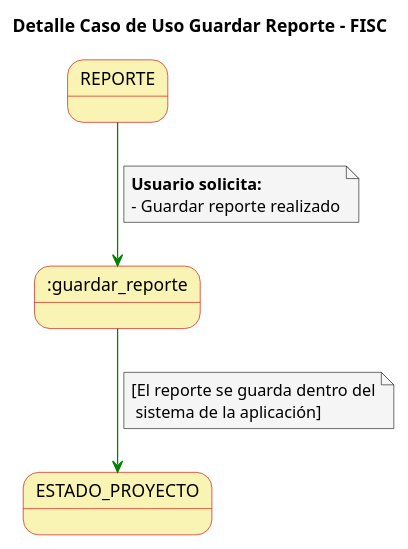
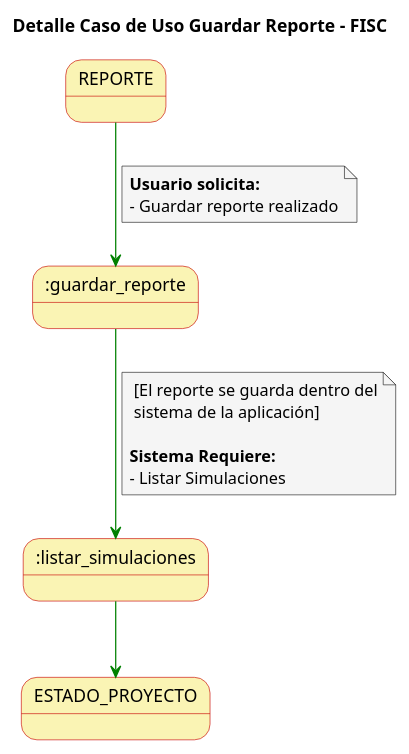
One commit to mmasias/23-24-IdSw1-SDR changed the diagram in casosDeUso/detallesCasosUso/detalleCasoUsoGuardarReporte.puml. Above: the diagram before and after it, drawn with PlantUML. The commit also changed 23 other files, not shown here.

Commit message:
arreglos detalle, readme y diagrama clases

```diff
--- a/casosDeUso/detallesCasosUso/detalleCasoUsoGuardarReporte.puml
+++ b/casosDeUso/detallesCasosUso/detalleCasoUsoGuardarReporte.puml
@@ -1,28 +1,33 @@
 @startuml
 
 skinparam state {
   BackgroundColor #faf4b4
   BorderColor #c90000
 }
 
 skinparam note {
   BackgroundColor #f5f5f5
 }
 
 skinparam linetype polyline
 
 title Detalle Caso de Uso Guardar Reporte - FISC
 
 
 REPORTE-[#green]-> :guardar_reporte
 note on link
   **Usuario solicita:**
   - Guardar reporte realizado
 end note
 
-:guardar_reporte-[#green]-> ESTADO_PROYECTO
+:guardar_reporte-[#green]-> :listar_simulaciones
 note on link
    [El reporte se guarda dentro del
-    sistema de la aplicación]
+   sistema de la aplicación]
+
+  **Sistema Requiere:**
+  - Listar Simulaciones
 end note
+
+:listar_simulaciones-[#green]-> ESTADO_PROYECTO
 @enduml
```
